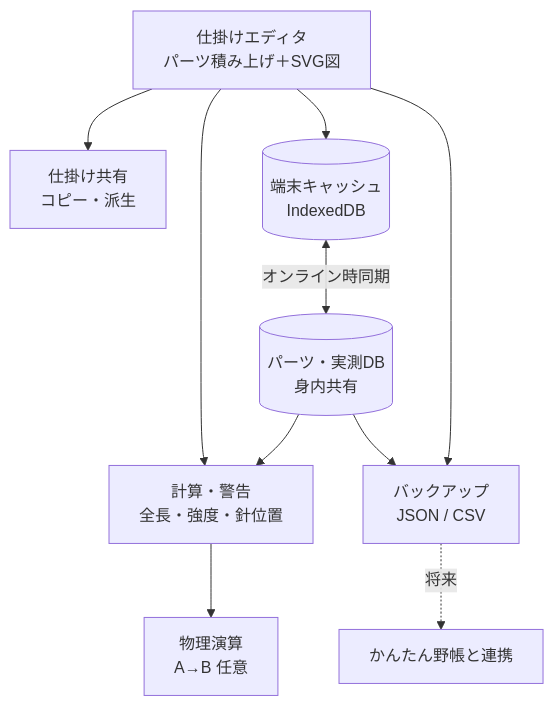
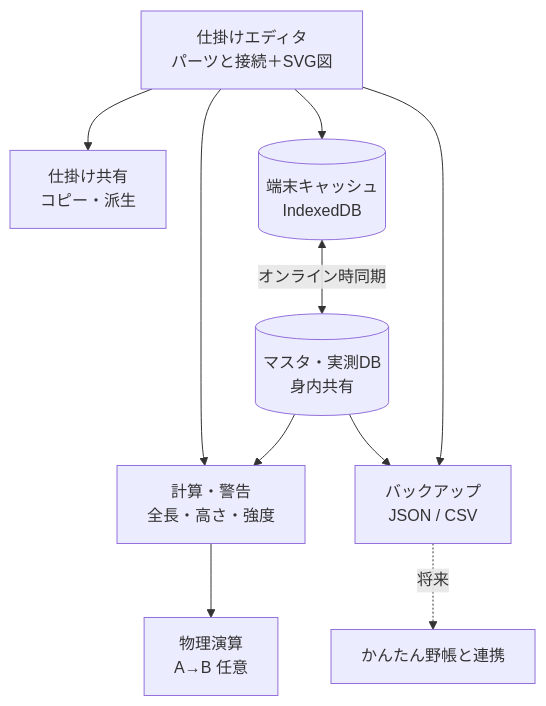
Before and after one commit to thirabayashitools-ux/tackle-lab: the second of 2 diagrams in docs/spec.md, drawn with Mermaid. The commit also changed other lines of this file, not shown here.

First line of the commit message:
仕様書：リグのデータの形を作り直し（パーツ・ポイント・区間・接続・マスタ） #2

````diff
--- a/docs/spec.md
+++ b/docs/spec.md
@@ -449,12 +612,12 @@
 ```mermaid
 flowchart TB
-  A[仕掛けエディタ<br>パーツ積み上げ＋SVG図] --> B[計算・警告<br>全長・強度・針位置]
-  DB[(パーツ・実測DB<br>身内共有)] --> B
+  A[仕掛けエディタ<br>パーツと接続＋SVG図] --> B[計算・警告<br>全長・高さ・強度]
+  DB[(マスタ・実測DB<br>身内共有)] --> B
   B --> C[物理演算<br>A→B 任意]
   A --> D[仕掛け共有<br>コピー・派生]
   A --> L[(端末キャッシュ<br>IndexedDB)]
   L <-->|オンライン時同期| DB
   DB --> E[バックアップ<br>JSON / CSV]
   A --> E
   E -.->|将来| F[かんたん野帳と連携]
 ```
````
